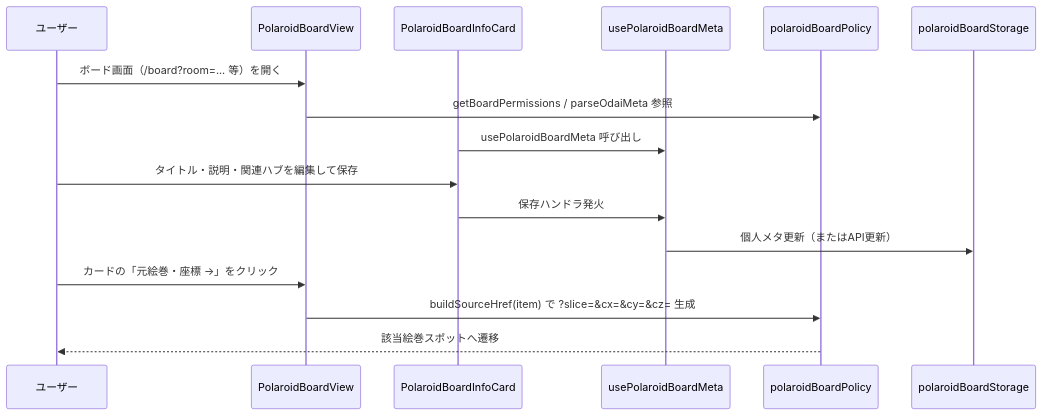
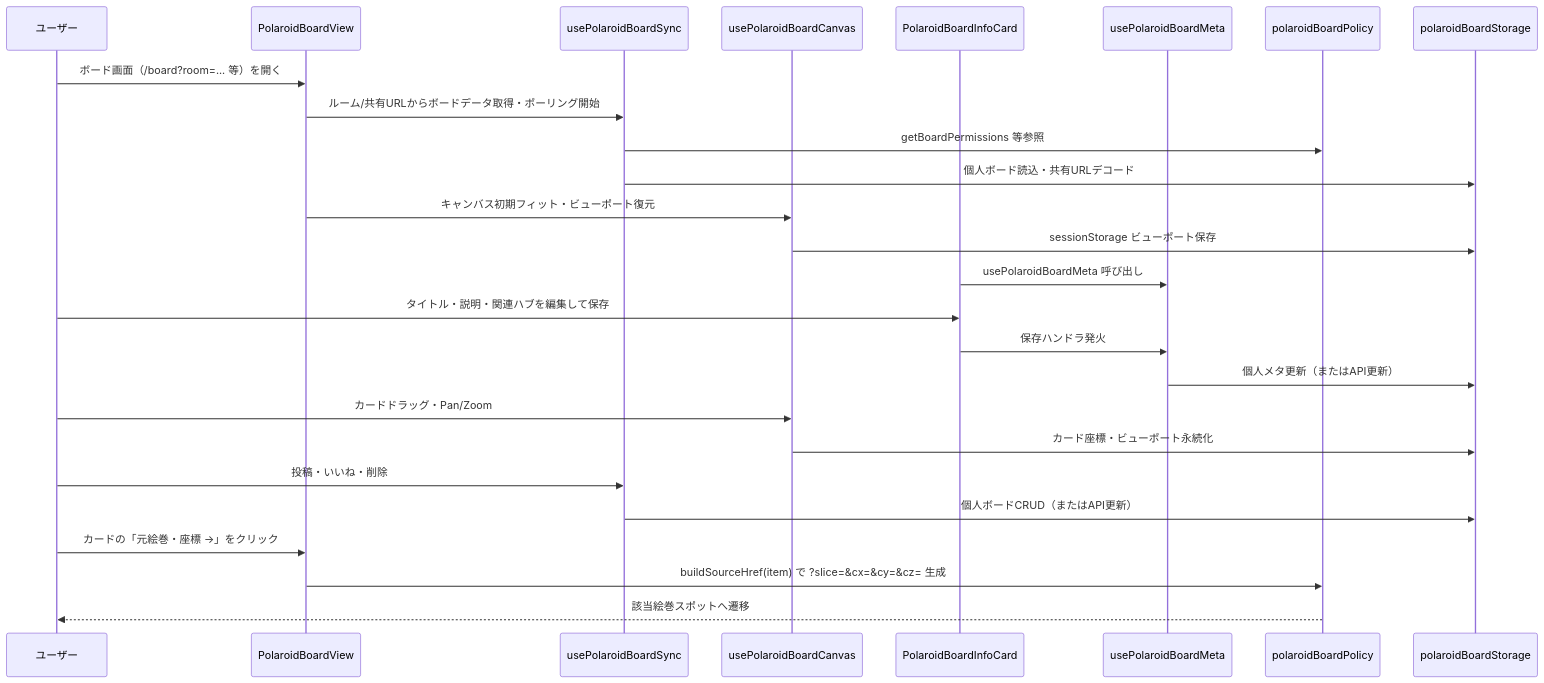
The second of 2 diagrams in src/components/emaki/viewer/board/SPEC.md (satoshi-create/emakimono-next), drawn with Mermaid before and after one commit. The commit also changed other lines of this file and 5 other files, not shown here.

````diff
--- a/src/components/emaki/viewer/board/SPEC.md
+++ b/src/components/emaki/viewer/board/SPEC.md
@@ -45,19 +52,29 @@
 ```mermaid
 sequenceDiagram
     participant User as ユーザー
     participant View as PolaroidBoardView
+    participant Sync as usePolaroidBoardSync
+    participant Canvas as usePolaroidBoardCanvas
     participant Info as PolaroidBoardInfoCard
     participant Meta as usePolaroidBoardMeta
     participant Policy as polaroidBoardPolicy
     participant Storage as polaroidBoardStorage
 
     User->>View: ボード画面（/board?room=... 等）を開く
-    View->>Policy: getBoardPermissions / parseOdaiMeta 参照
+    View->>Sync: ルーム/共有URLからボードデータ取得・ポーリング開始
+    Sync->>Policy: getBoardPermissions 等参照
+    Sync->>Storage: 個人ボード読込・共有URLデコード
+    View->>Canvas: キャンバス初期フィット・ビューポート復元
+    Canvas->>Storage: sessionStorage ビューポート保存
     Info->>Meta: usePolaroidBoardMeta 呼び出し
     User->>Info: タイトル・説明・関連ハブを編集して保存
     Info->>Meta: 保存ハンドラ発火
     Meta->>Storage: 個人メタ更新（またはAPI更新）
+    User->>Canvas: カードドラッグ・Pan/Zoom
+    Canvas->>Storage: カード座標・ビューポート永続化
+  User->>Sync: 投稿・いいね・削除
+    Sync->>Storage: 個人ボードCRUD（またはAPI更新）
     User->>View: カードの「元絵巻・座標 →」をクリック
     View->>Policy: buildSourceHref(item) で ?slice=&cx=&cy=&cz= 生成
     Policy-->>User: 該当絵巻スポットへ遷移
 ```
````
